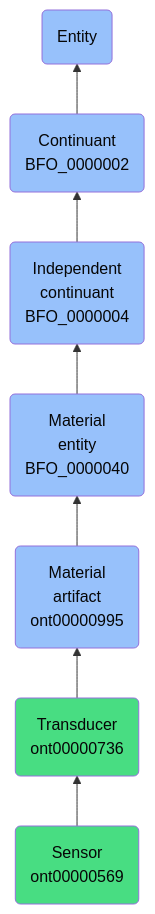
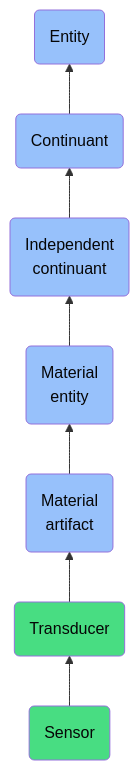
One commit to jupyter-naas/abi changed the diagram in docs/ontology/reference/model/Entity/Continuant/Independent continuant/Material entity/Material artifact/Transducer/Sensor/Sensor.md. Above: the diagram before and after it, drawn with Mermaid. The commit also changed other lines of this file and 1430 other files, not shown here.

````diff
--- a/docs/ontology/reference/model/Entity/Continuant/Independent continuant/Material entity/Material artifact/Transducer/Sensor/Sensor.md
+++ b/docs/ontology/reference/model/Entity/Continuant/Independent continuant/Material entity/Material artifact/Transducer/Sensor/Sensor.md
@@ -24,14 +24,14 @@
 ```mermaid
 graph BT
-    ont00000569(Sensor<br>ont00000569):::ABI-->ont00000736
-    ont00000736(Transducer<br>ont00000736):::ABI-->ont00000995
-    ont00000995(Material<br>artifact<br>ont00000995):::BFO-->BFO_0000040
-    BFO_0000040(Material<br>entity<br>BFO_0000040):::BFO-->BFO_0000004
-    BFO_0000004(Independent<br>continuant<br>BFO_0000004):::BFO-->BFO_0000002
-    BFO_0000002(Continuant<br>BFO_0000002):::BFO-->BFO_0000001
+    ont00000569(Sensor):::ABI-->ont00000736
+    ont00000736(Transducer):::ABI-->ont00000995
+    ont00000995(Material<br>artifact):::BFO-->BFO_0000040
+    BFO_0000040(Material<br>entity):::BFO-->BFO_0000004
+    BFO_0000004(Independent<br>continuant):::BFO-->BFO_0000002
+    BFO_0000002(Continuant):::BFO-->BFO_0000001
     BFO_0000001(Entity):::BFO
     
     classDef BFO fill:#97c1fb,color:#060606
     classDef CCO fill:#e4c51e,color:#060606
     classDef ABI fill:#48DD82,color:#060606
 ```
````
